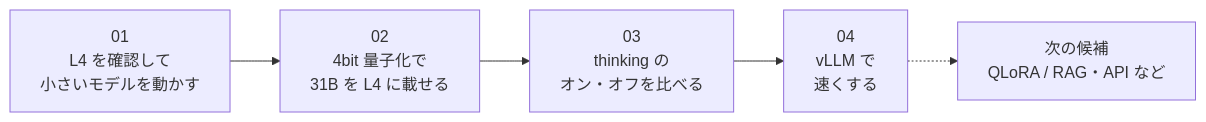
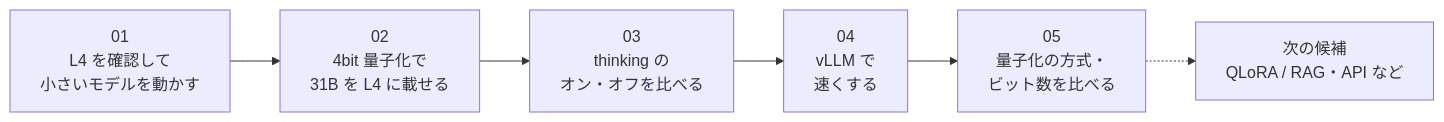
The diagram in README.md (moruku36/colab-oss-lab), drawn with Mermaid before and after one commit. The commit also changed other lines of this file and 8 other files, not shown here.

````diff
--- a/README.md
+++ b/README.md
@@ -35,7 +35,8 @@
 ```mermaid
 flowchart LR
     E01["01<br/>L4 を確認して<br/>小さいモデルを動かす"] --> E02["02<br/>4bit 量子化で<br/>31B を L4 に載せる"]
     E02 --> E03["03<br/>thinking の<br/>オン・オフを比べる"]
     E03 --> E04["04<br/>vLLM で<br/>速くする"]
-    E04 -.-> NEXT["次の候補<br/>QLoRA / RAG・API など"]
+    E04 --> E05["05<br/>量子化の方式・<br/>ビット数を比べる"]
+    E05 -.-> NEXT["次の候補<br/>QLoRA / RAG・API など"]
 ```
````
